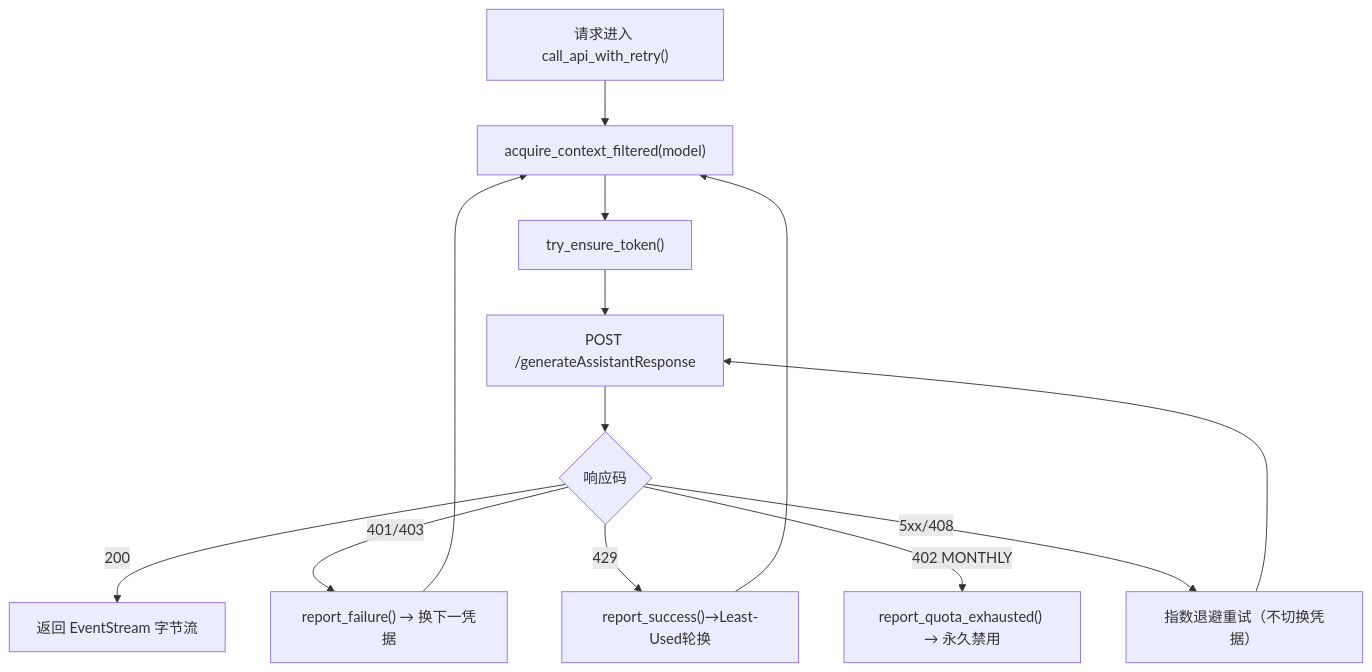
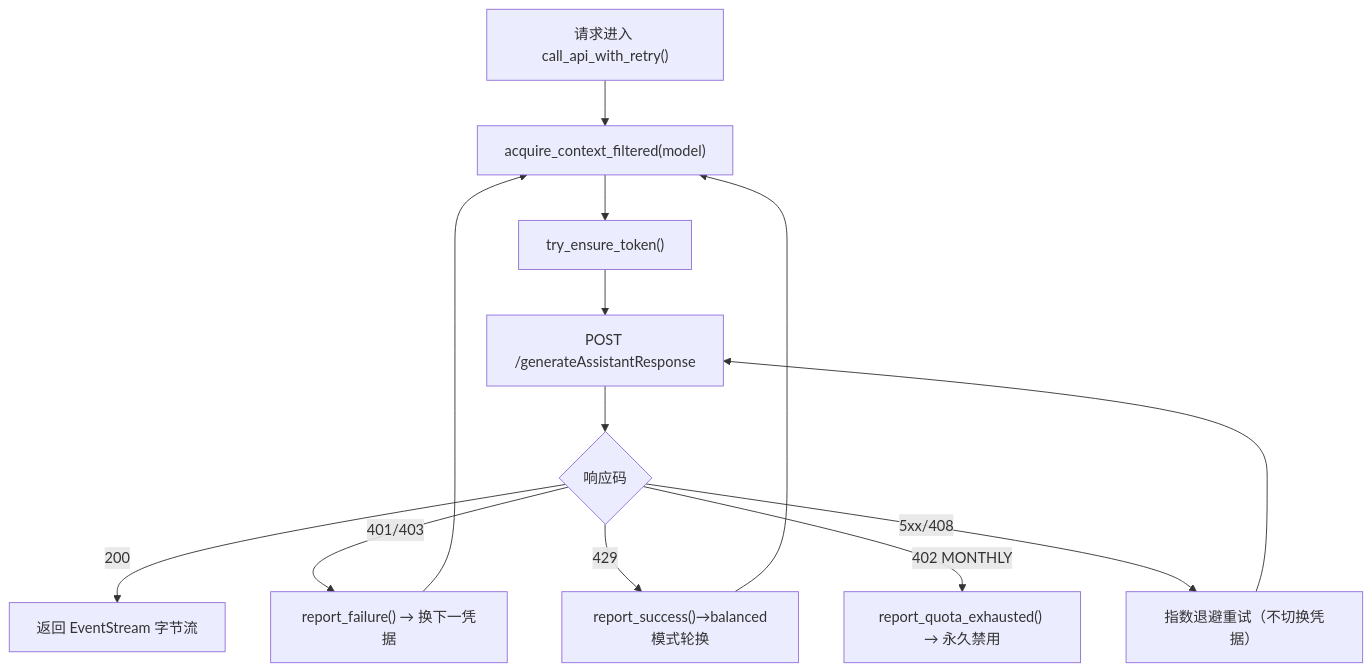
One commit to TsinHzl/kiro2cc-proxy changed the second of 4 diagrams in kiro2cc-proxy_源码全景解析.md. Above: the diagram before and after it, drawn with Mermaid. The commit also changed other lines of this file, not shown here.

````diff
--- a/kiro2cc-proxy_源码全景解析.md
+++ b/kiro2cc-proxy_源码全景解析.md
@@ -547,15 +660,15 @@
 ```mermaid
 flowchart TD
     A["请求进入 call_api_with_retry()"] --> B["acquire_context_filtered(model)"]
     B --> C["try_ensure_token()"]
     C --> D["POST /generateAssistantResponse"]
     D --> E{响应码}
     E -->|200| F["返回 EventStream 字节流"]
     E -->|401/403| G["report_failure() → 换下一凭据"]
-    E -->|429| H["report_success()→Least-Used轮换"]
+    E -->|429| H["report_success()→balanced模式轮换"]
     E -->|402 MONTHLY| I["report_quota_exhausted() → 永久禁用"]
     E -->|5xx/408| J["指数退避重试（不切换凭据）"]
     G --> B
     H --> B
     J --> D
 ```
````
